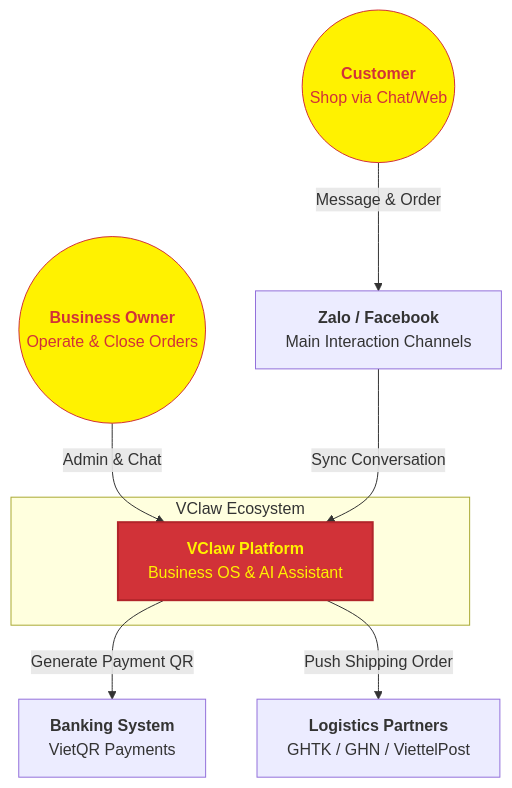
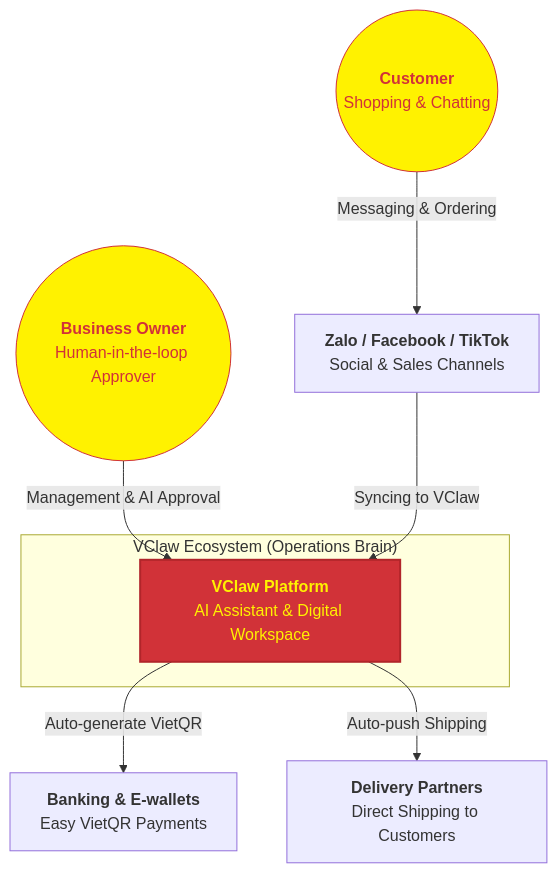
One commit to solana8800/vclaw-ui changed the diagram in vclaw-ui/docs/00-VClaw-Platform-Vision.en.md. Above: the diagram before and after it, drawn with Mermaid. The commit also changed other lines of this file and 25 other files, not shown here.

Commit message:
refactor: rewrite documentation and platform vision to emphasize AI-driven business operations and add supporting assets

````diff
--- a/vclaw-ui/docs/00-VClaw-Platform-Vision.en.md
+++ b/vclaw-ui/docs/00-VClaw-Platform-Vision.en.md
@@ -18,23 +18,23 @@
 ```mermaid
 graph TB
-    subgraph "VClaw Ecosystem"
-        VClaw["<b>VClaw Platform</b><br/>Business OS & AI Assistant"]
+    subgraph "VClaw Ecosystem (Operations Brain)"
+        VClaw["<b>VClaw Platform</b><br/>AI Assistant & Digital Workspace"]
     end
 
-    User(("<b>Business Owner</b><br/>Operate & Close Orders"))
-    Customer(("<b>Customer</b><br/>Shop via Chat/Web"))
+    User(("<b>Business Owner</b><br/>Human-in-the-loop Approver"))
+    Customer(("<b>Customer</b><br/>Shopping & Chatting"))
     
-    Zalo["<b>Zalo / Facebook</b><br/>Main Interaction Channels"]
-    Bank["<b>Banking System</b><br/>VietQR Payments"]
-    Logistics["<b>Logistics Partners</b><br/>GHTK / GHN / ViettelPost"]
+    Social["<b>Zalo / Facebook / TikTok</b><br/>Social & Sales Channels"]
+    Bank["<b>Banking & E-wallets</b><br/>Easy VietQR Payments"]
+    Logistics["<b>Delivery Partners</b><br/>Direct Shipping to Customers"]
 
-    User -- "Admin & Chat" --> VClaw
-    Customer -- "Message & Order" --> Zalo
-    Zalo -- "Sync Conversation" --> VClaw
-    VClaw -- "Generate Payment QR" --> Bank
-    VClaw -- "Push Shipping Order" --> Logistics
+    User -- "Management & AI Approval" --> VClaw
+    Customer -- "Messaging & Ordering" --> Social
+    Social -- "Syncing to VClaw" --> VClaw
+    VClaw -- "Auto-generate VietQR" --> Bank
+    VClaw -- "Auto-push Shipping" --> Logistics
     
     style VClaw fill:#D13238,color:#FFF200,stroke:#B1252A,stroke-width:2px
     style User fill:#FFF200,color:#D13238,stroke:#D13238,stroke-width:1px
     style Customer fill:#FFF200,color:#D13238,stroke:#D13238,stroke-width:1px
 ```
````
